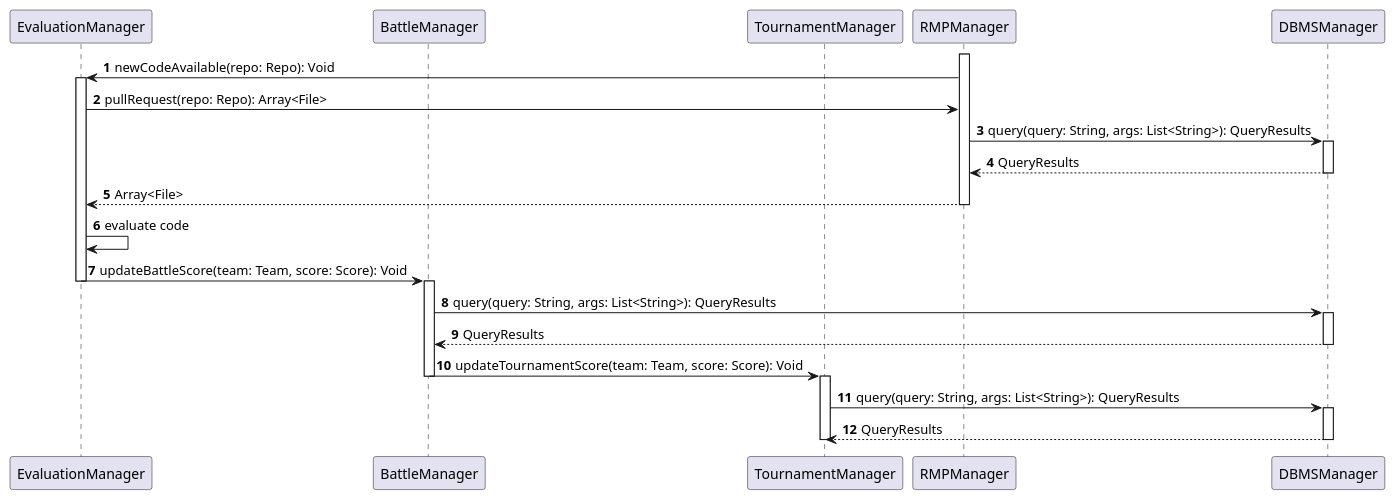
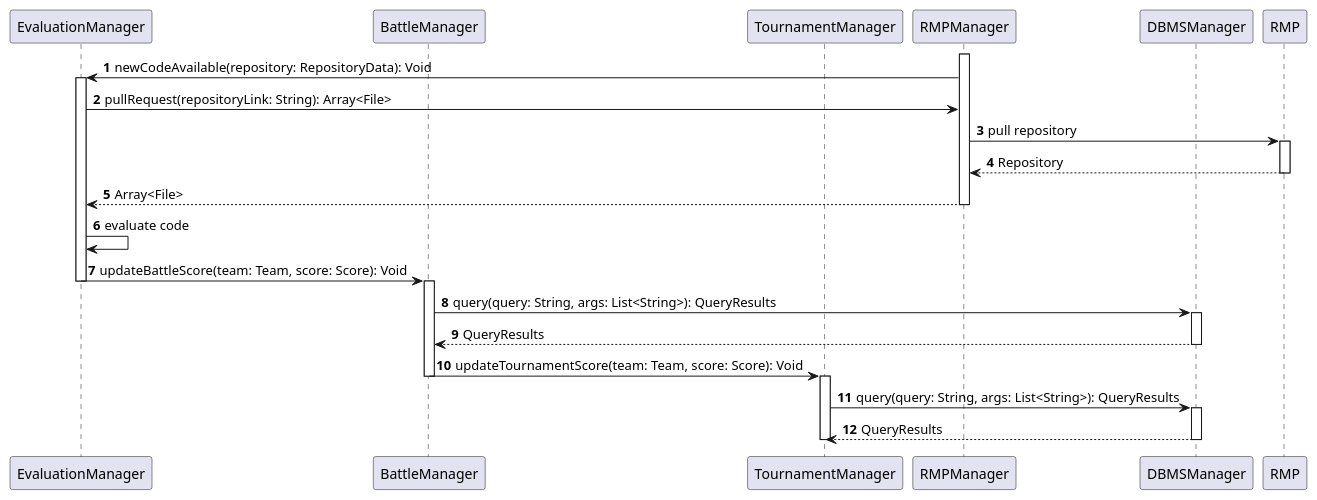
The diagram in _DD/Images/sequenceDiagrams/evaluateCode.wsd (Angelo7672/SE2_Requirement-and-Design-Document), drawn with PlantUML before and after one commit. The commit also changed 8 other files, not shown here.

```diff
--- a/_DD/Images/sequenceDiagrams/evaluateCode.wsd
+++ b/_DD/Images/sequenceDiagrams/evaluateCode.wsd
@@ -1,39 +1,40 @@
 @startuml
 
 autonumber
 
 participant EvaluationManager as EM
 participant BattleManager as BM
 participant TournamentManager as TM
 participant RMPManager as RMP
 participant DBMSManager as DBMS
+participant RMP as rmpExt
 
 
 activate RMP
-RMP -> EM: newCodeAvailable(repo: Repo): Void
+RMP -> EM: newCodeAvailable(repository: RepositoryData): Void
 activate EM
-EM -> RMP: pullRequest(repo: Repo): Array<File>
-RMP->DBMS: query(query: String, args: List<String>): QueryResults
-activate DBMS
-DBMS-->RMP: QueryResults
-deactivate DBMS
+EM -> RMP: pullRequest(repositoryLink: String): Array<File>
+RMP->rmpExt: pull repository
+activate rmpExt
+rmpExt-->RMP: Repository
+deactivate rmpExt
 RMP --> EM: Array<File>
 deactivate RMP
 EM -> EM: evaluate code
 EM -> BM: updateBattleScore(team: Team, score: Score): Void
 deactivate EM
 activate BM
 BM->DBMS: query(query: String, args: List<String>): QueryResults
 activate DBMS
 DBMS-->BM: QueryResults
 deactivate DBMS
 BM -> TM: updateTournamentScore(team: Team, score: Score): Void
 deactivate BM
 activate TM
 TM->DBMS: query(query: String, args: List<String>): QueryResults
 activate DBMS
 DBMS-->TM: QueryResults
 deactivate DBMS
 deactivate TM
 
 @enduml
```
